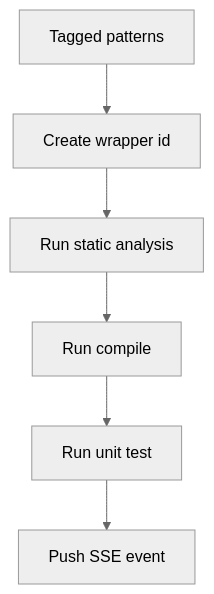
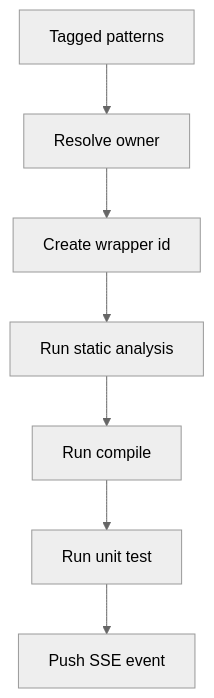
One commit to JohnAndrewBalbarosa/NeoTerritory changed the diagram in docs/Codebase/Backend/src/routes/analysis.ts.md. Above: the diagram before and after it, drawn with Mermaid (neutral theme). The commit also changed other lines of this file and 28 other files, not shown here.

Commit message:
feat: unify assessment wrapper and dev tool flow

````diff
--- a/docs/Codebase/Backend/src/routes/analysis.ts.md
+++ b/docs/Codebase/Backend/src/routes/analysis.ts.md
@@ -16,8 +17,9 @@
 ```mermaid
 flowchart TD
-    A[Tagged patterns] --> B[Create wrapper id]
-    B --> C[Run static analysis]
-    C --> D[Run compile]
-    D --> E[Run unit test]
-    E --> F[Push SSE event]
+    A[Tagged patterns] --> B[Resolve owner]
+    B --> C[Create wrapper id]
+    C --> D[Run static analysis]
+    D --> E[Run compile]
+    E --> F[Run unit test]
+    F --> G[Push SSE event]
 ```
````
